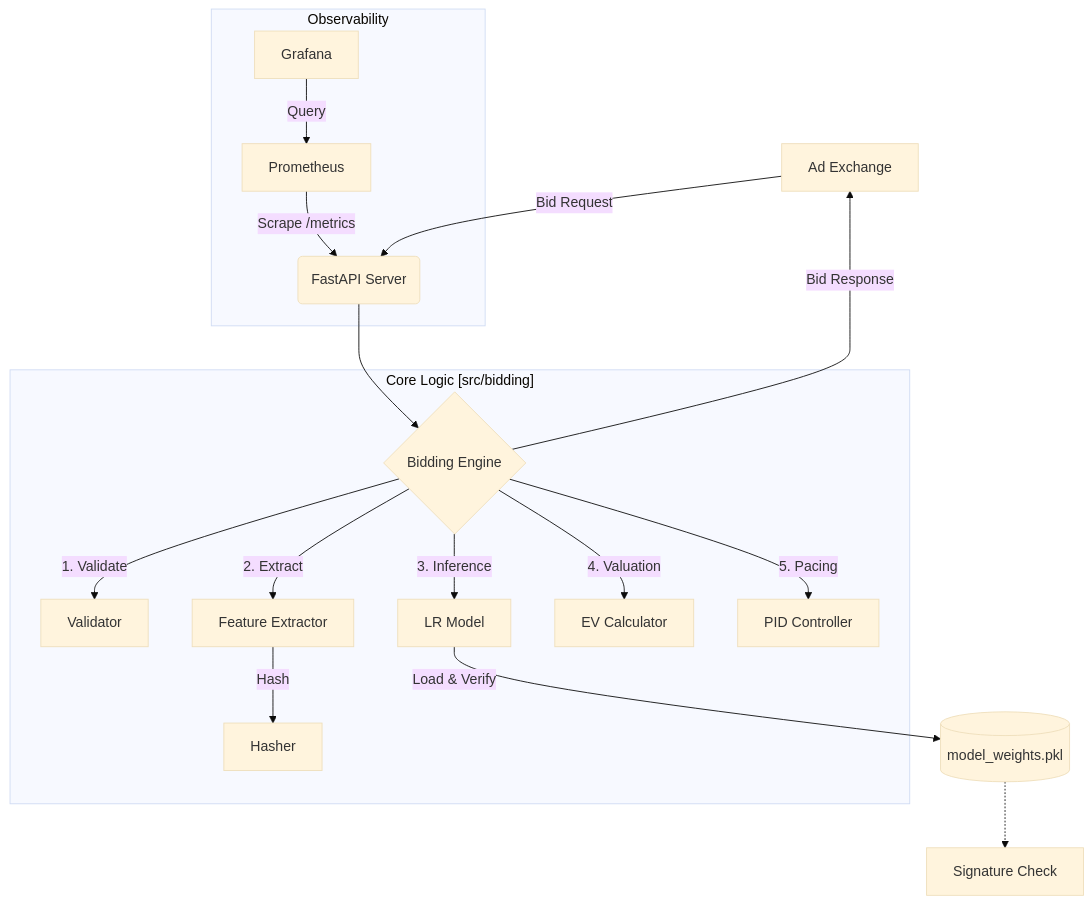
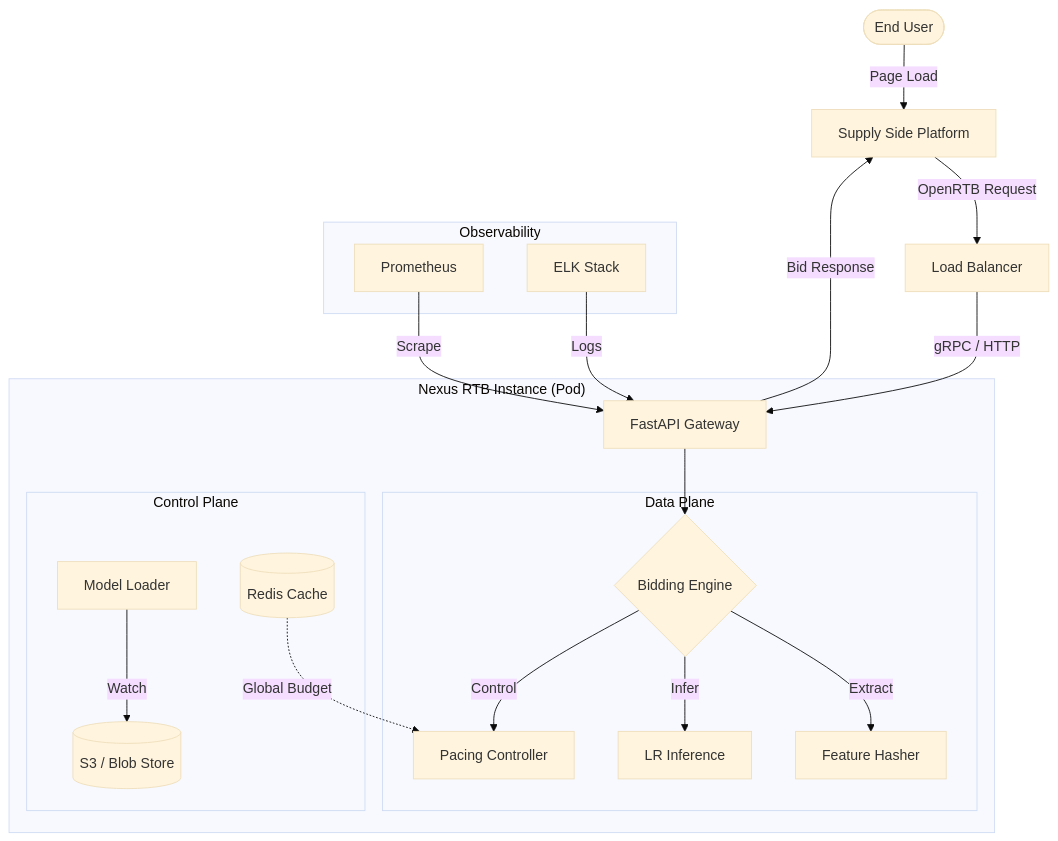
The diagram in ARCHITECTURE.md (Rexy-5097/nexus-rtb-engine), drawn with Mermaid (base theme) before and after one commit. The commit also changed other lines of this file and 19 other files, not shown here.

Commit message:
Production Polish: Complete refactor of RTB Engine to FAANG standards (Docs, Types, Tests, Security)

````diff
--- a/ARCHITECTURE.md
+++ b/ARCHITECTURE.md
@@ -9,23 +9,28 @@
 ```mermaid
 graph TD
-    A[Ad Exchange] -->|Bid Request| B(FastAPI Server)
-    B --> C{Bidding Engine}
+    User([End User]) -->|Page Load| SSP[Supply Side Platform]
+    SSP -->|OpenRTB Request| LB[Load Balancer]
+    LB -->|gRPC / HTTP| API[FastAPI Gateway]
 
-    subgraph "Core Logic [src/bidding]"
-    C -->|1. Validate| D[Validator]
-    C -->|2. Extract| E[Feature Extractor]
-    E -->|Hash| F[Hasher]
-    C -->|3. Inference| G[LR Model]
-    C -->|4. Valuation| H[EV Calculator]
-    C -->|5. Pacing| I[PID Controller]
+    subgraph "Nexus RTB Instance (Pod)"
+        API --> Engine{Bidding Engine}
+
+        subgraph "Data Plane"
+        Engine -->|Extract| Feat[Feature Hasher]
+        Engine -->|Infer| Model[LR Inference]
+        Engine -->|Control| PID[Pacing Controller]
+        end
+
+        subgraph "Control Plane"
+        Loader[Model Loader] -->|Watch| S3[(S3 / Blob Store)]
+        Redis[(Redis Cache)] -.->|Global Budget| PID
+        end
     end
 
+    API -->|Bid Response| SSP
+
     subgraph "Observability"
-    P[Prometheus] -->|Scrape /metrics| B
-    Gr[Grafana] -->|Query| P
+    Prom[Prometheus] -->|Scrape| API
+    ELK[ELK Stack] -->|Logs| API
     end
-
-    G -->|Load & Verify| J[(model_weights.pkl)]
-    J -.-> K[Signature Check]
-    C -->|Bid Response| A
 ```
````
